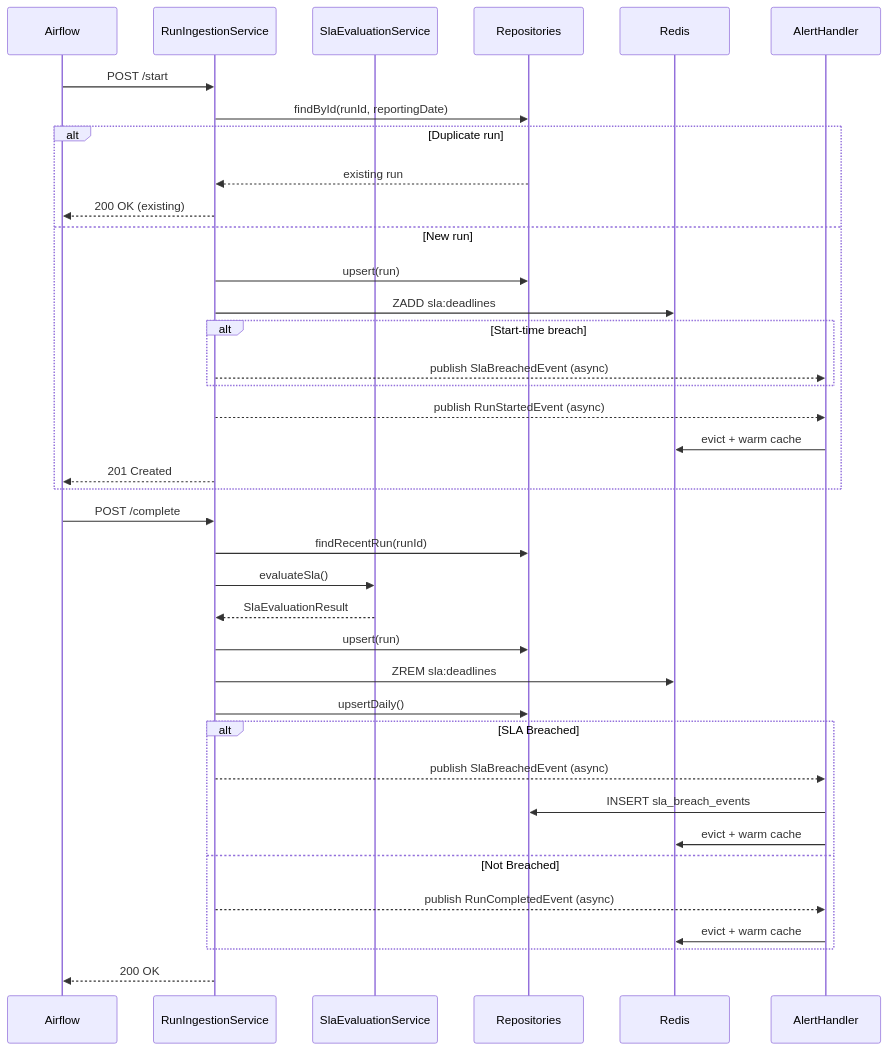
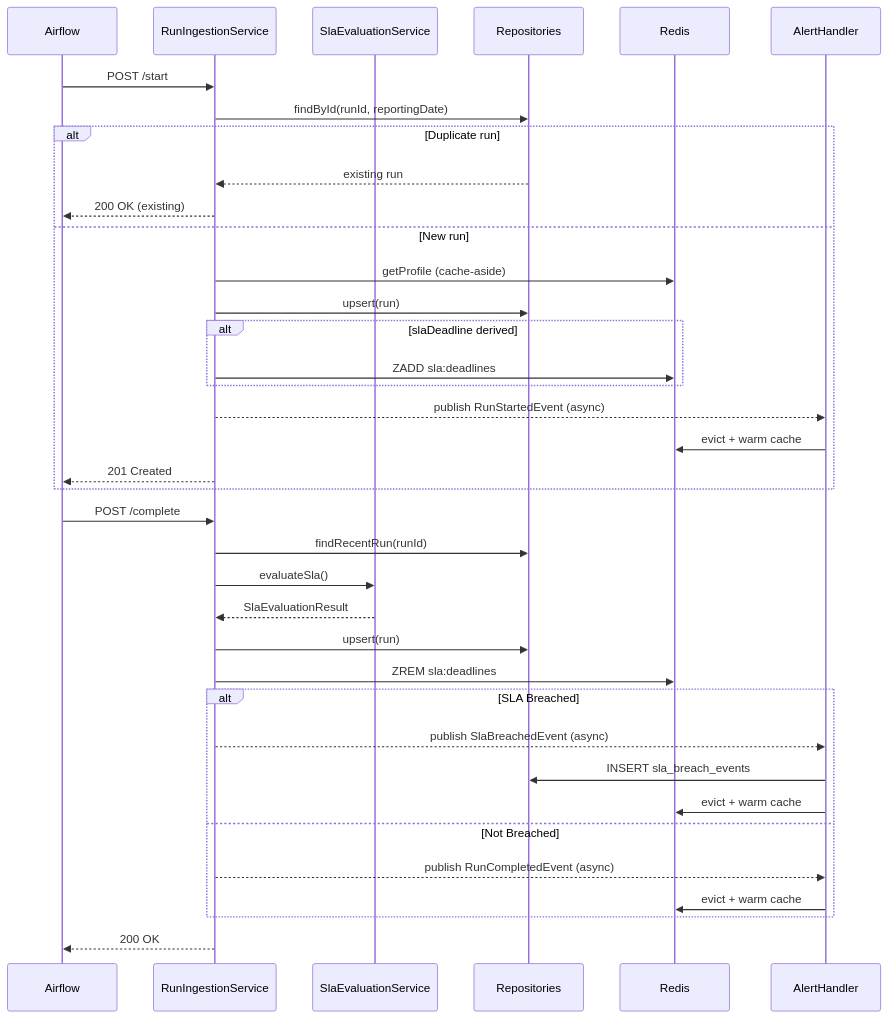
Before and after one commit to soopersk/data-service: the diagram in docs/spec/ingestion-flow.md, drawn with Mermaid. The commit also changed other lines of this file and 22 other files, not shown here.

````diff
--- a/docs/spec/ingestion-flow.md
+++ b/docs/spec/ingestion-flow.md
@@ -135,44 +132,43 @@
 ```mermaid
 sequenceDiagram
     participant Airflow
     participant RunIngestionService
     participant SlaEvaluationService
     participant Repositories
     participant Redis
     participant AlertHandler
 
     %% --- START FLOW ---
     Airflow->>RunIngestionService: POST /start
     RunIngestionService->>Repositories: findById(runId, reportingDate)
     alt Duplicate run
         Repositories-->>RunIngestionService: existing run
         RunIngestionService-->>Airflow: 200 OK (existing)
     else New run
+        RunIngestionService->>Redis: getProfile (cache-aside)
         RunIngestionService->>Repositories: upsert(run)
-        RunIngestionService->>Redis: ZADD sla:deadlines
-        alt Start-time breach
-            RunIngestionService-->>AlertHandler: publish SlaBreachedEvent (async)
+        alt slaDeadline derived
+            RunIngestionService->>Redis: ZADD sla:deadlines
         end
         RunIngestionService-->>AlertHandler: publish RunStartedEvent (async)
         AlertHandler->>Redis: evict + warm cache
         RunIngestionService-->>Airflow: 201 Created
     end
 
     %% --- COMPLETE FLOW ---
     Airflow->>RunIngestionService: POST /complete
     RunIngestionService->>Repositories: findRecentRun(runId)
     RunIngestionService->>SlaEvaluationService: evaluateSla()
     SlaEvaluationService-->>RunIngestionService: SlaEvaluationResult
     RunIngestionService->>Repositories: upsert(run)
     RunIngestionService->>Redis: ZREM sla:deadlines
-    RunIngestionService->>Repositories: upsertDaily()
     alt SLA Breached
         RunIngestionService-->>AlertHandler: publish SlaBreachedEvent (async)
         AlertHandler->>Repositories: INSERT sla_breach_events
         AlertHandler->>Redis: evict + warm cache
     else Not Breached
         RunIngestionService-->>AlertHandler: publish RunCompletedEvent (async)
         AlertHandler->>Redis: evict + warm cache
     end
     RunIngestionService-->>Airflow: 200 OK
 ```
````
